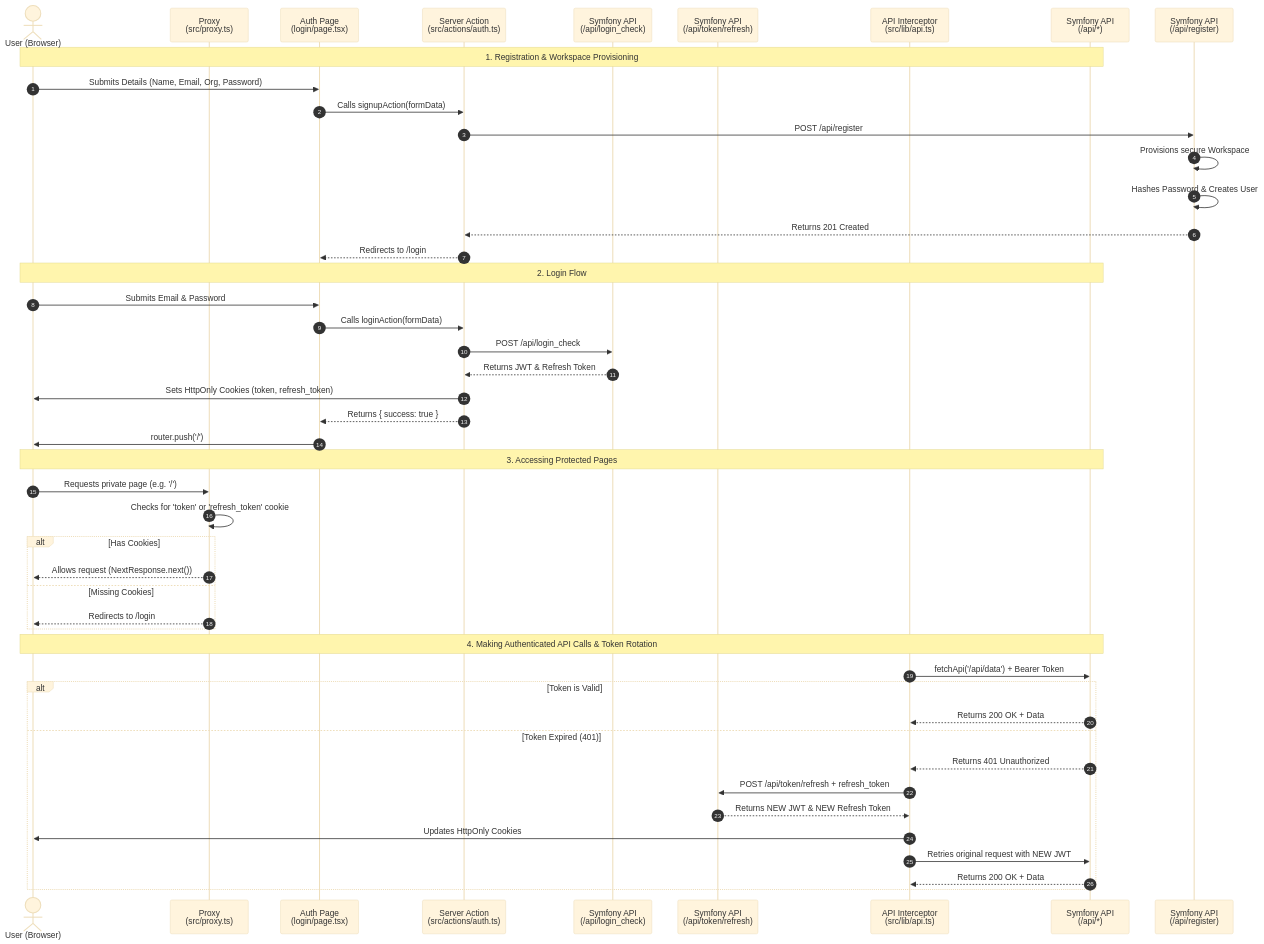
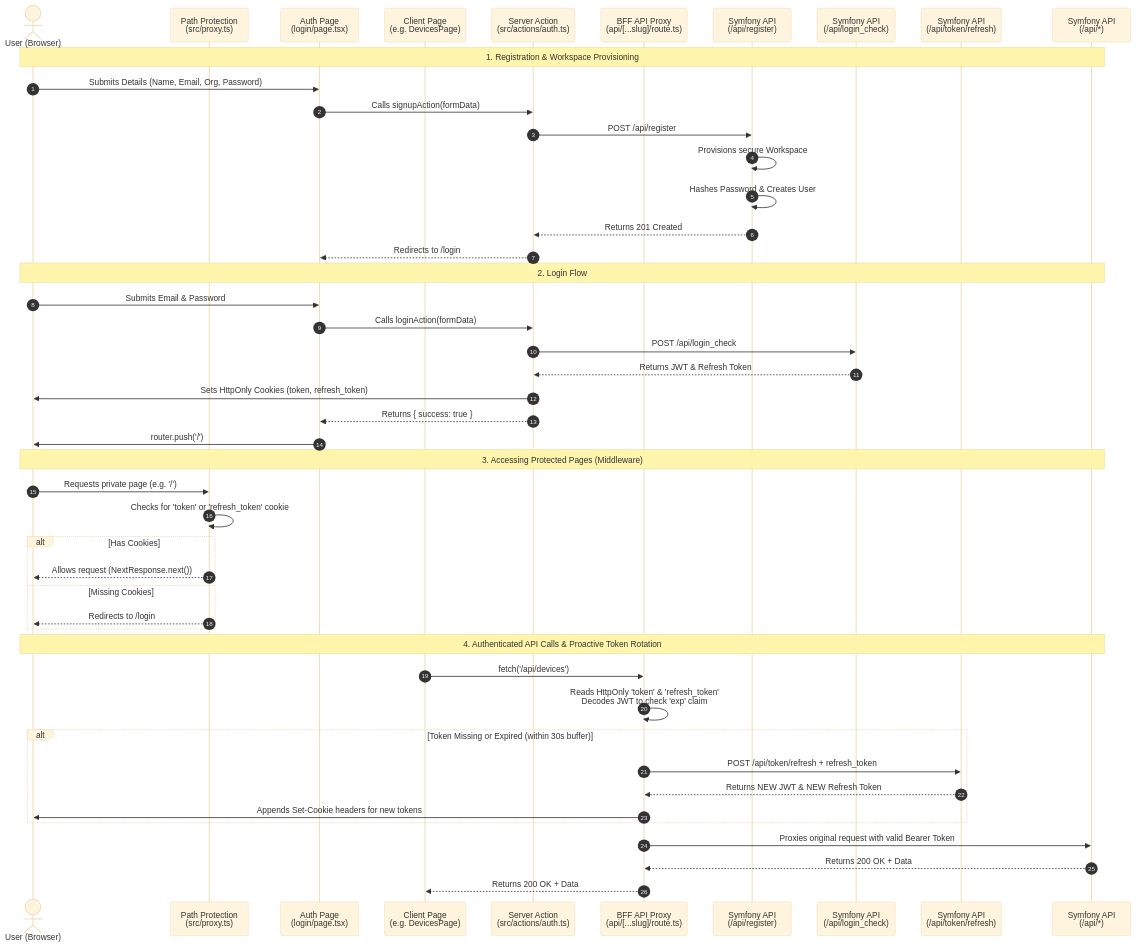
Before and after one commit to Mohammed-Zrirake/Plaisoram: the diagram in authentification_Flow.md, drawn with Mermaid (base theme). The commit also changed other lines of this file, not shown here.

Commit message:
docs: detail authentication flow architecture and sequence

````diff
--- a/authentification_Flow.md
+++ b/authentification_Flow.md
@@ -7,53 +7,53 @@
 ```mermaid
 sequenceDiagram
     autonumber
     actor User as User (Browser)
-    participant NextJS_Middleware as Proxy<br/>(src/proxy.ts)
+    participant NextJS_Middleware as Path Protection<br/>(src/proxy.ts)
     participant NextJS_Page as Auth Page<br/>(login/page.tsx)
+    participant NextJS_Client as Client Page<br/>(e.g. DevicesPage)
     participant NextJS_Action as Server Action<br/>(src/actions/auth.ts)
+    participant NextJS_Proxy as BFF API Proxy<br/>(api/[...slug]/route.ts)
+    participant Symfony_Register as Symfony API<br/>(/api/register)
     participant Symfony_Login as Symfony API<br/>(/api/login_check)
     participant Symfony_Refresh as Symfony API<br/>(/api/token/refresh)
-    participant NextJS_API as API Interceptor<br/>(src/lib/api.ts)
     participant Symfony_Protected as Symfony API<br/>(/api/*)
-    participant Symfony_Register as Symfony API<br/>(/api/register)
 
     Note over User, Symfony_Protected: 1. Registration & Workspace Provisioning
     User->>NextJS_Page: Submits Details (Name, Email, Org, Password)
     NextJS_Page->>NextJS_Action: Calls signupAction(formData)
     NextJS_Action->>Symfony_Register: POST /api/register
     Symfony_Register->>Symfony_Register: Provisions secure Workspace
     Symfony_Register->>Symfony_Register: Hashes Password & Creates User
     Symfony_Register-->>NextJS_Action: Returns 201 Created
     NextJS_Action-->>NextJS_Page: Redirects to /login
 
     Note over User, Symfony_Protected: 2. Login Flow
     User->>NextJS_Page: Submits Email & Password
     NextJS_Page->>NextJS_Action: Calls loginAction(formData)
     NextJS_Action->>Symfony_Login: POST /api/login_check
     Symfony_Login-->>NextJS_Action: Returns JWT & Refresh Token
     NextJS_Action->>User: Sets HttpOnly Cookies (token, refresh_token)
     NextJS_Action-->>NextJS_Page: Returns { success: true }
     NextJS_Page->>User: router.push('/')
 
-    Note over User, Symfony_Protected: 3. Accessing Protected Pages
+    Note over User, Symfony_Protected: 3. Accessing Protected Pages (Middleware)
     User->>NextJS_Middleware: Requests private page (e.g. '/')
     NextJS_Middleware->>NextJS_Middleware: Checks for 'token' or 'refresh_token' cookie
     alt Has Cookies
         NextJS_Middleware-->>User: Allows request (NextResponse.next())
     else Missing Cookies
         NextJS_Middleware-->>User: Redirects to /login
     end
 
-    Note over User, Symfony_Protected: 4. Making Authenticated API Calls & Token Rotation
-    NextJS_API->>Symfony_Protected: fetchApi('/api/data') + Bearer Token
-    alt Token is Valid
-        Symfony_Protected-->>NextJS_API: Returns 200 OK + Data
-    else Token Expired (401)
-        Symfony_Protected-->>NextJS_API: Returns 401 Unauthorized
-        NextJS_API->>Symfony_Refresh: POST /api/token/refresh + refresh_token
-        Symfony_Refresh-->>NextJS_API: Returns NEW JWT & NEW Refresh Token
-        NextJS_API->>User: Updates HttpOnly Cookies
-        NextJS_API->>Symfony_Protected: Retries original request with NEW JWT
-        Symfony_Protected-->>NextJS_API: Returns 200 OK + Data
+    Note over User, Symfony_Protected: 4. Authenticated API Calls & Proactive Token Rotation
+    NextJS_Client->>NextJS_Proxy: fetch('/api/devices')
+    NextJS_Proxy->>NextJS_Proxy: Reads HttpOnly 'token' & 'refresh_token'<br/>Decodes JWT to check 'exp' claim
+    alt Token Missing or Expired (within 30s buffer)
+        NextJS_Proxy->>Symfony_Refresh: POST /api/token/refresh + refresh_token
+        Symfony_Refresh-->>NextJS_Proxy: Returns NEW JWT & NEW Refresh Token
+        NextJS_Proxy->>User: Appends Set-Cookie headers for new tokens
     end
+    NextJS_Proxy->>Symfony_Protected: Proxies original request with valid Bearer Token
+    Symfony_Protected-->>NextJS_Proxy: Returns 200 OK + Data
+    NextJS_Proxy-->>NextJS_Client: Returns 200 OK + Data
 ```
````
